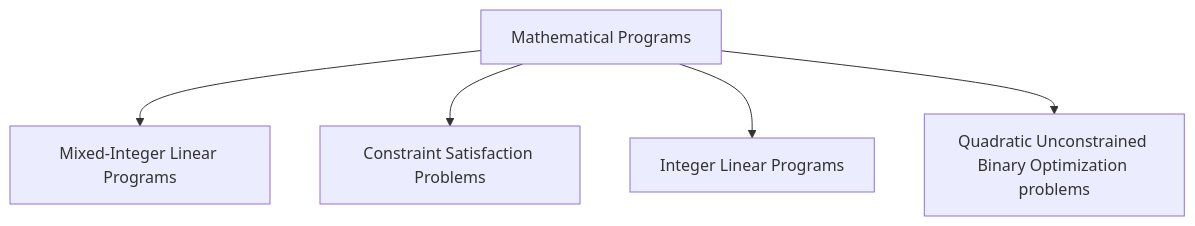
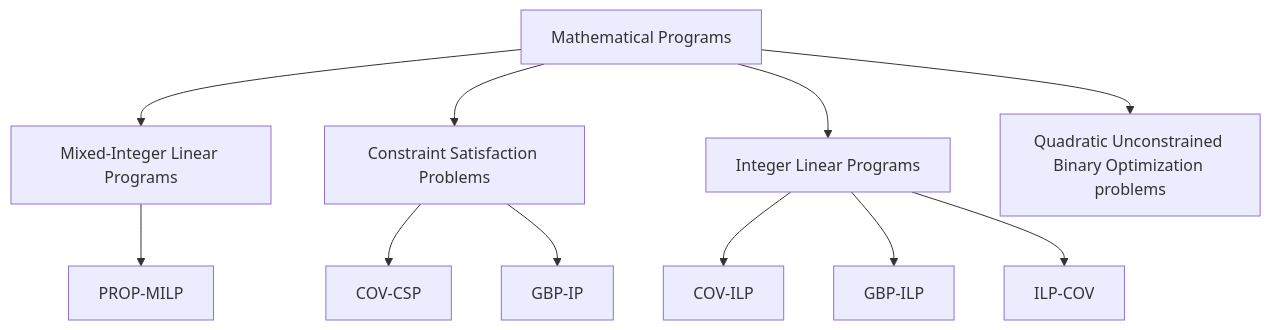
The diagram in README.md (NodesOnFire/GBP-MPs), drawn with Mermaid before and after one commit.

````diff
--- a/README.md
+++ b/README.md
@@ -4,7 +4,13 @@
 ```mermaid
 graph TD;
     MPs["Mathematical Programs"] --> MILP["Mixed-Integer Linear Programs"];
     MPs["Mathematical Programs"] --> CSP["Constraint Satisfaction Problems"];
     MPs["Mathematical Programs"] --> ILP["Integer Linear Programs"];
     MPs["Mathematical Programs"] --> QUBO["Quadratic Unconstrained Binary Optimization problems"];
+    MILP --> PROP-MILP;
+    CSP --> COV-CSP;
+    CSP --> GBP-IP;
+    ILP --> COV-ILP;
+    ILP --> GBP-ILP;
+    ILP --> ILP-COV;
 ```
````
